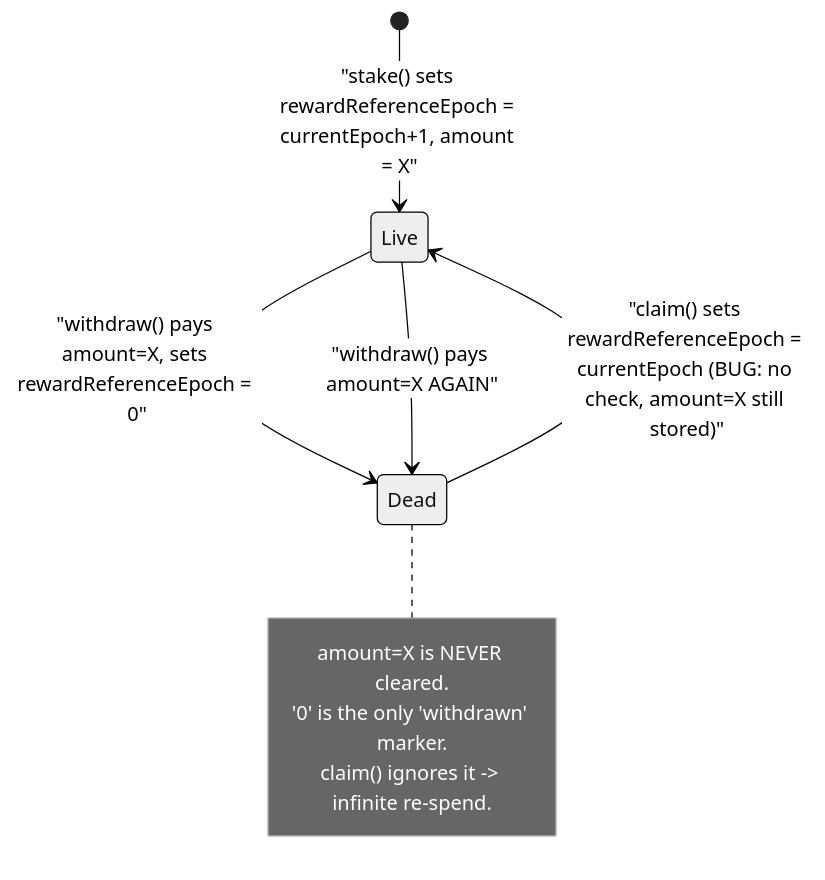
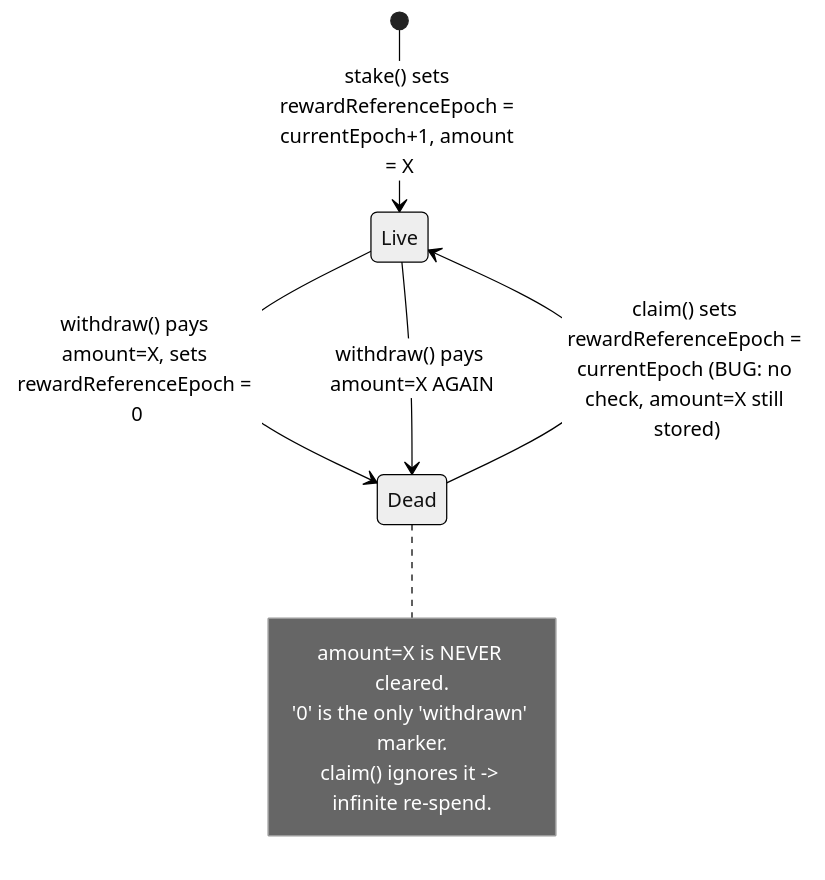
One commit to sanbir/evm-hack-registry changed the second of 3 diagrams in 2024-09-OTSeaStaking_exp/OTSeaStaking_exp.md. Above: the diagram before and after it, drawn with Mermaid (neutral theme). The commit also changed 280 other files, not shown here.

Commit message:
mermaid fixes

````diff
--- a/2024-09-OTSeaStaking_exp/OTSeaStaking_exp.md
+++ b/2024-09-OTSeaStaking_exp/OTSeaStaking_exp.md
@@ -262,13 +262,13 @@
 ```mermaid
 stateDiagram-v2
-    [*] --> Live : "stake() sets rewardReferenceEpoch = currentEpoch+1, amount = X"
-    Live --> Dead : "withdraw() pays amount=X, sets rewardReferenceEpoch = 0"
-    Dead --> Live : "claim() sets rewardReferenceEpoch = currentEpoch (BUG: no check, amount=X still stored)"
-    Live --> Dead : "withdraw() pays amount=X AGAIN"
+    [*] --> Live : stake() sets rewardReferenceEpoch = currentEpoch+1, amount = X
+    Live --> Dead : withdraw() pays amount=X, sets rewardReferenceEpoch = 0
+    Dead --> Live : claim() sets rewardReferenceEpoch = currentEpoch (BUG#58; no check, amount=X still stored)
+    Live --> Dead : withdraw() pays amount=X AGAIN
 
     note right of Dead
         amount=X is NEVER cleared.
         '0' is the only 'withdrawn' marker.
         claim() ignores it -> infinite re-spend.
     end note
 ```
````
